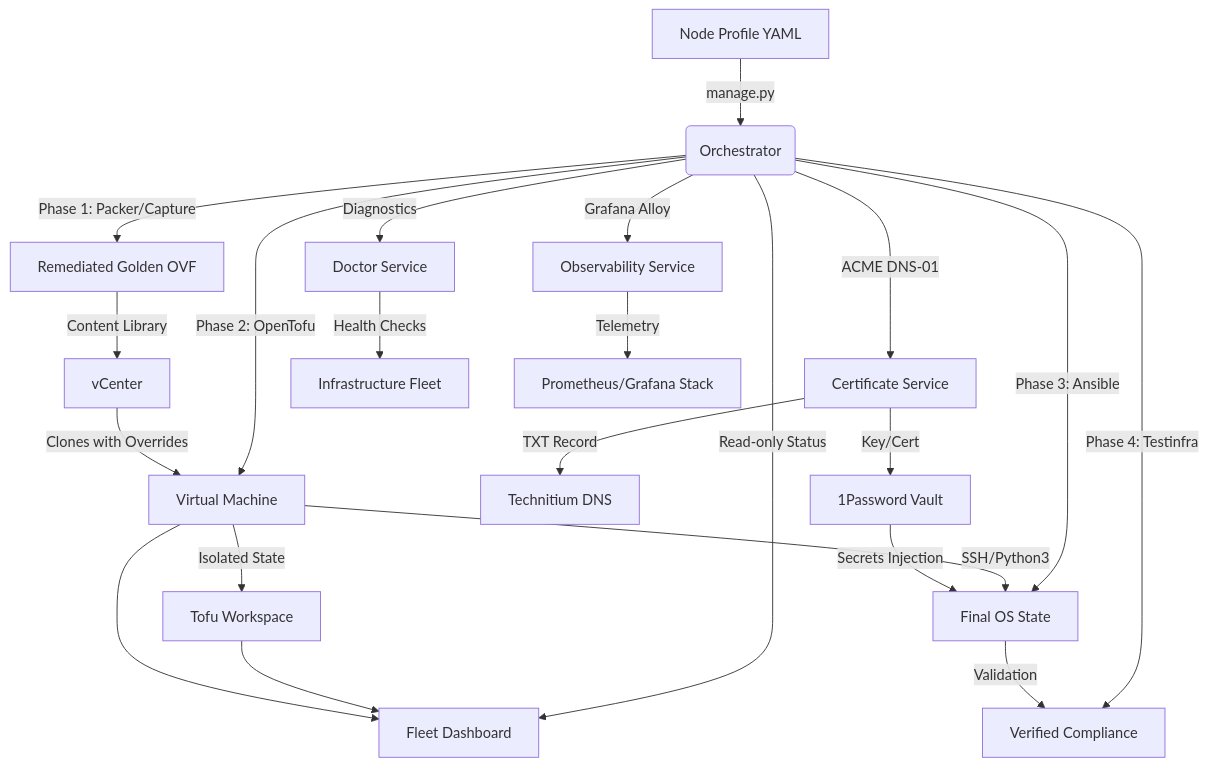
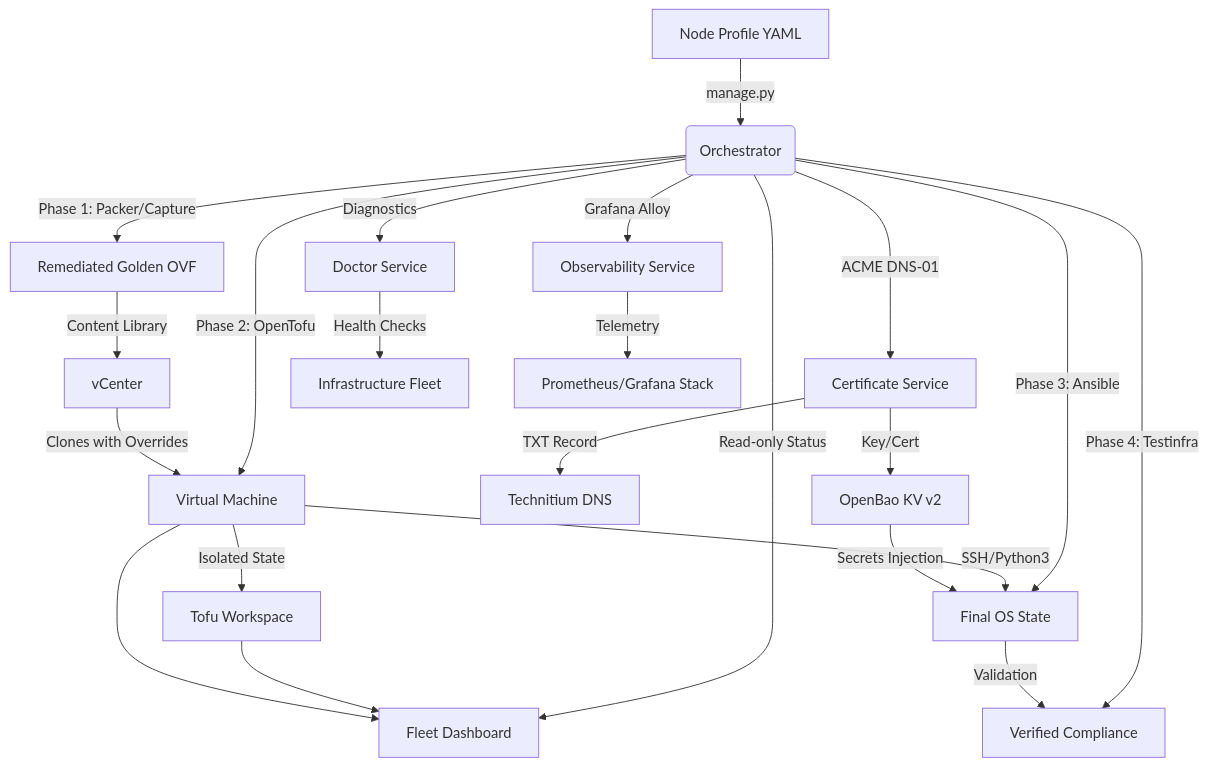
One commit to echoares-lab/homelab-gitops changed the diagram in docs/DESIGN.md. Above: the diagram before and after it, drawn with Mermaid. The commit also changed other lines of this file and 6 other files, not shown here.

Commit message:
feat: migrate runtime secrets to OpenBao

````diff
--- a/docs/DESIGN.md
+++ b/docs/DESIGN.md
@@ -9,24 +9,24 @@
 ```mermaid
 graph TD
     A[Node Profile YAML] -->|manage.py| B(Orchestrator)
     B -->|Phase 1: Packer/Capture| C[Remediated Golden OVF]
     C -->|Content Library| D[vCenter]
     B -->|Phase 2: OpenTofu| E[Virtual Machine]
     D -->|Clones with Overrides| E
     E -->|Isolated State| Workspace[Tofu Workspace]
     B -->|Phase 3: Ansible| F[Final OS State]
     E -->|SSH/Python3| F
     B -->|Phase 4: Testinfra| G[Verified Compliance]
     F -->|Validation| G
     B -->|Read-only Status| H[Fleet Dashboard]
     Workspace --> H
     E --> H
     B -->|ACME DNS-01| I[Certificate Service]
     I -->|TXT Record| J[Technitium DNS]
-    I -->|Key/Cert| K[1Password Vault]
+    I -->|Key/Cert| K[OpenBao KV v2]
     K -->|Secrets Injection| F
     B -->|Diagnostics| L[Doctor Service]
     L -->|Health Checks| M[Infrastructure Fleet]
     B -->|Grafana Alloy| N[Observability Service]
     N -->|Telemetry| O[Prometheus/Grafana Stack]
 ```
````
